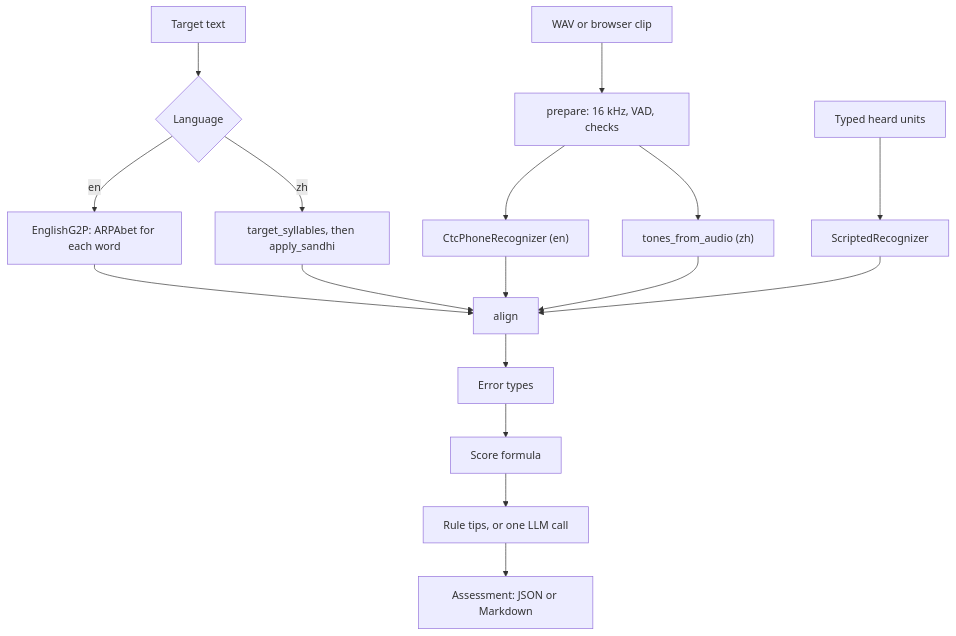
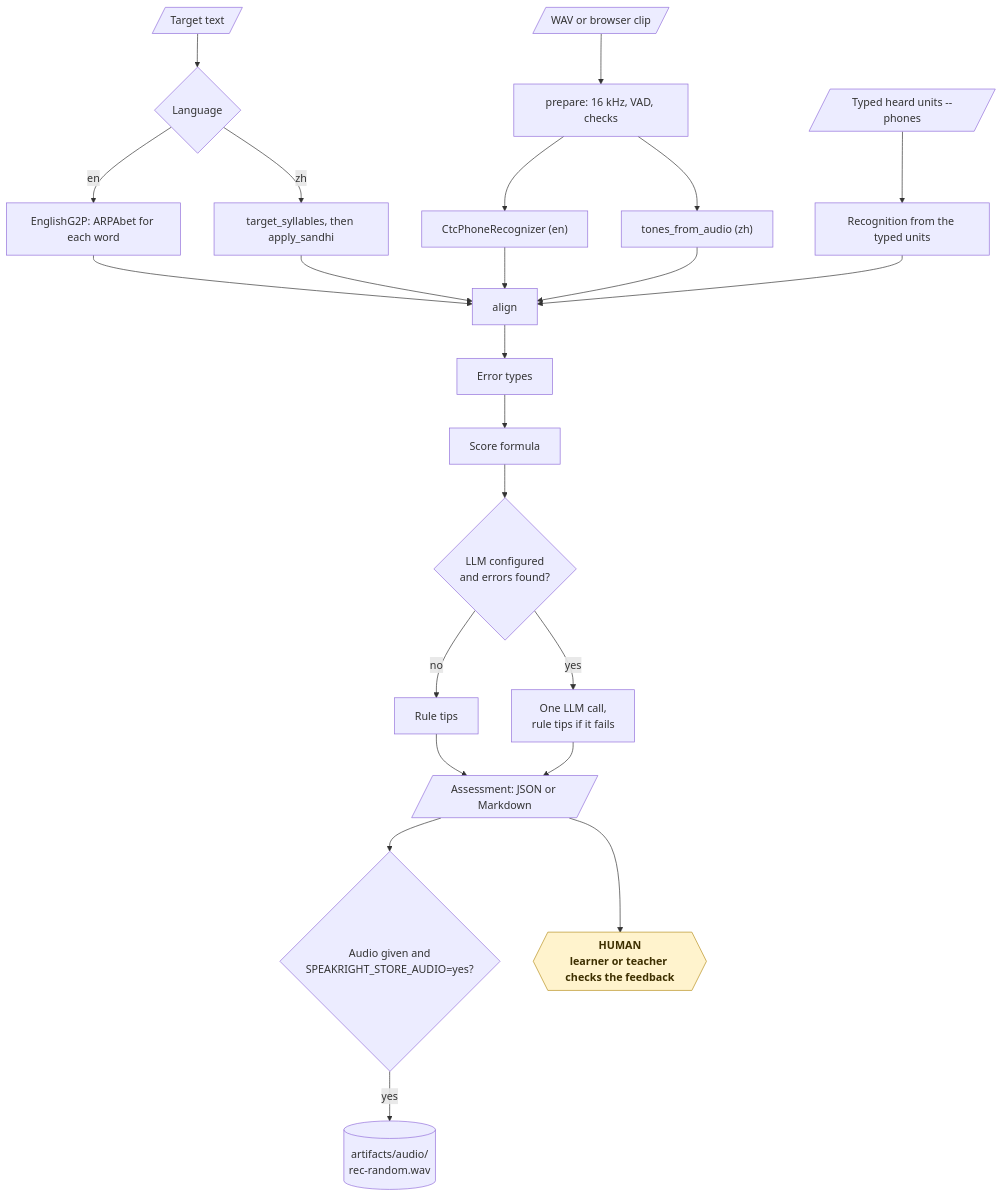
The fifth of 20 diagrams in README.md (KrishnaAnnavaram/speakright), drawn with Mermaid before and after one commit. The commit also changed other lines of this file, not shown here.

Commit message:
Add the workflow diagrams to the README

````diff
--- a/README.md
+++ b/README.md
@@ -204,19 +276,28 @@
 ```mermaid
-flowchart TB
-    T["Target text"] --> LANG{"Language"}
+flowchart TD
+    T[/"Target text"/] --> LANG{"Language"}
     LANG -- "en" --> G2P["EnglishG2P: ARPAbet for each word"]
     LANG -- "zh" --> PY["target_syllables, then apply_sandhi"]
-    W["WAV or browser clip"] --> PREP["prepare: 16 kHz, VAD, checks"]
+    W[/"WAV or browser clip"/] --> PREP["prepare: 16 kHz, VAD, checks"]
     PREP --> REC["CtcPhoneRecognizer (en)"]
-    TYPED["Typed heard units"] --> SCR["ScriptedRecognizer"]
+    TYPED[/"Typed heard units --phones"/] --> SCR["Recognition from the typed units"]
     PREP --> F0["tones_from_audio (zh)"]
     G2P --> AL["align"]
     REC --> AL
     SCR --> AL
     PY --> AL
     F0 --> AL
     AL --> TAX["Error types"]
     TAX --> SC["Score formula"]
-    SC --> TIPS["Rule tips, or one LLM call"]
-    TIPS --> OUT["Assessment: JSON or Markdown"]
+    SC --> TIPS{"LLM configured<br/>and errors found?"}
+    TIPS -- "no" --> RT["Rule tips"]
+    TIPS -- "yes" --> LLM["One LLM call,<br/>rule tips if it fails"]
+    RT --> OUT[/"Assessment: JSON or Markdown"/]
+    LLM --> OUT
+    OUT --> KEEP{"Audio given and<br/>SPEAKRIGHT_STORE_AUDIO=yes?"}
+    KEEP -- "yes" --> STORE[("artifacts/audio/<br/>rec-random.wav")]
+    OUT --> HUMAN{{"HUMAN<br/>learner or teacher checks the feedback"}}
+
+    classDef human fill:#fff3cd,stroke:#b8901f,color:#3d2f00,font-weight:bold
+    class HUMAN human
 ```
````
